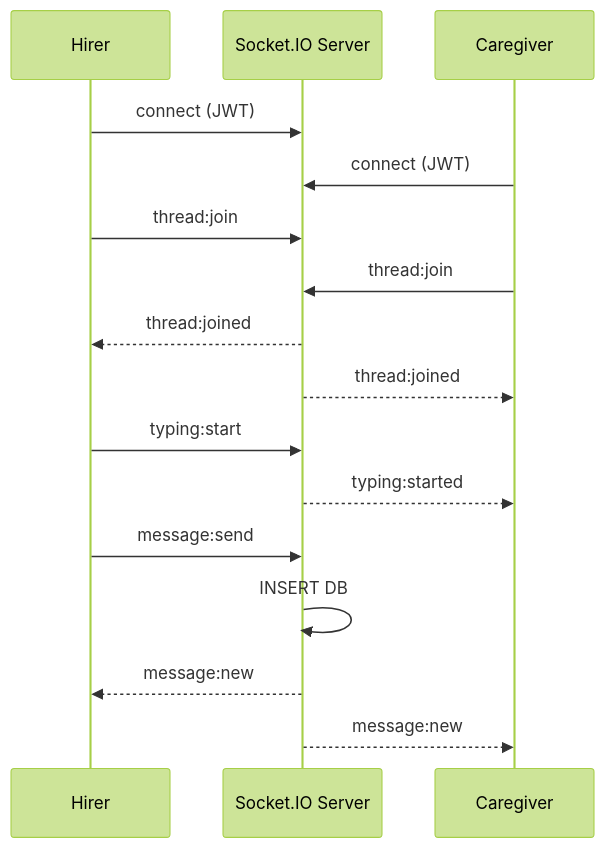
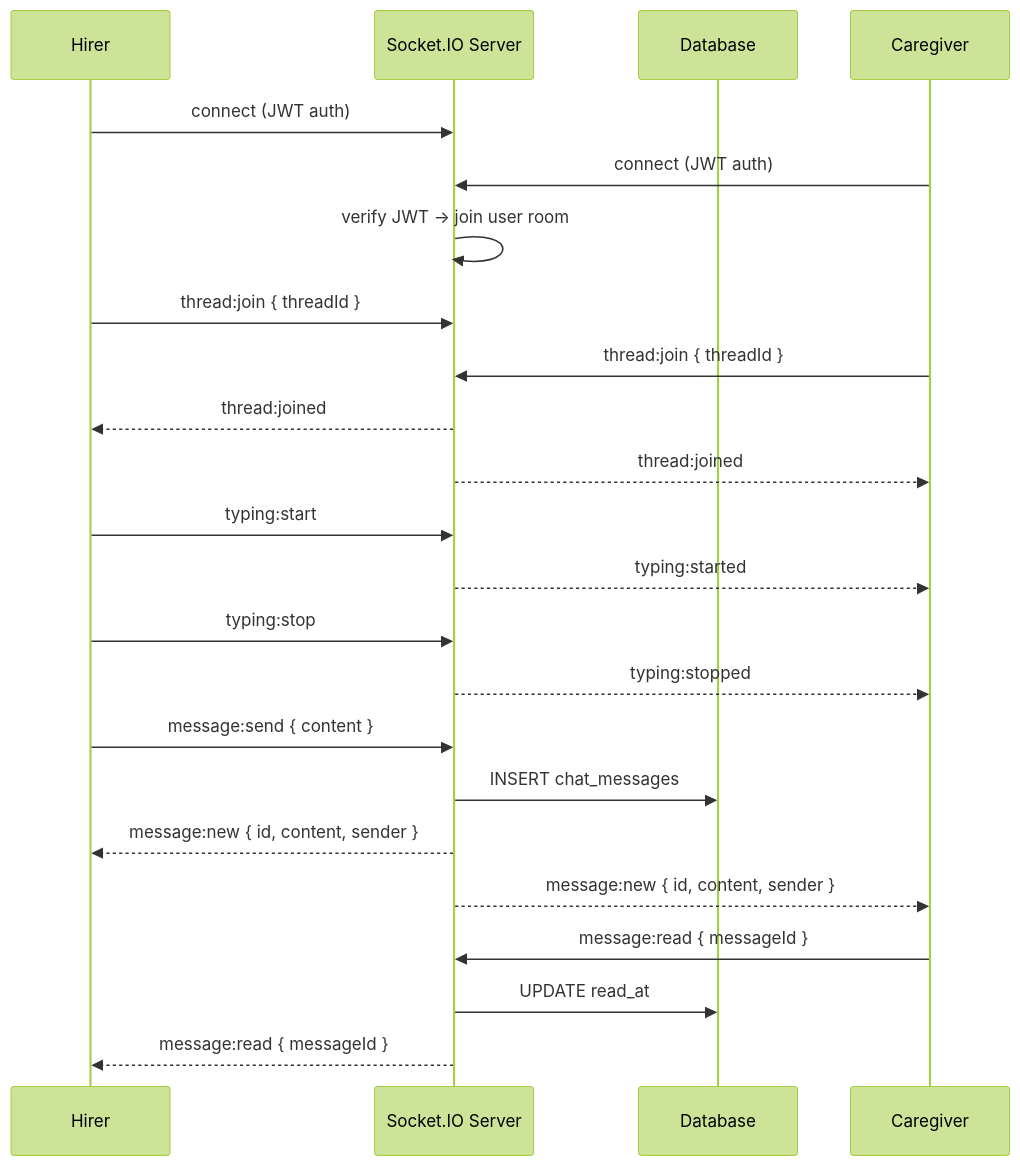
One commit to SakdaRt/Careconnect changed diagram 13 of 16 in THESIS_CONTENT_CH3_PART3.md. Above: the diagram before and after it, drawn with Mermaid (forest theme). The commit also changed other lines of this file, not shown here.

Commit message:
docs(thesis): ปรับ Sequence Diagram ครบ 15 diagrams — หัวข้อภาษาไทย + เพิ่ม Login, OAuth, OTP, Direct Assign, Early Checkout, Cancel, Dispute, Withdrawal, Notification

````diff
--- a/THESIS_CONTENT_CH3_PART3.md
+++ b/THESIS_CONTENT_CH3_PART3.md
@@ -747,18 +999,25 @@
 ```mermaid
 sequenceDiagram
-    participant A as Hirer
+    participant H as Hirer
     participant S as Socket.IO Server
-    participant B as Caregiver
-    A->>S: connect (JWT)
-    B->>S: connect (JWT)
-    A->>S: thread:join
-    B->>S: thread:join
-    S-->>A: thread:joined
-    S-->>B: thread:joined
-    A->>S: typing:start
-    S-->>B: typing:started
-    A->>S: message:send
-    S->>S: INSERT DB
-    S-->>A: message:new
-    S-->>B: message:new
+    participant DB as Database
+    participant CG as Caregiver
+    H->>S: connect (JWT auth)
+    CG->>S: connect (JWT auth)
+    S->>S: verify JWT → join user room
+    H->>S: thread:join { threadId }
+    CG->>S: thread:join { threadId }
+    S-->>H: thread:joined
+    S-->>CG: thread:joined
+    H->>S: typing:start
+    S-->>CG: typing:started
+    H->>S: typing:stop
+    S-->>CG: typing:stopped
+    H->>S: message:send { content }
+    S->>DB: INSERT chat_messages
+    S-->>H: message:new { id, content, sender }
+    S-->>CG: message:new { id, content, sender }
+    CG->>S: message:read { messageId }
+    S->>DB: UPDATE read_at
+    S-->>H: message:read { messageId }
 ```
````
